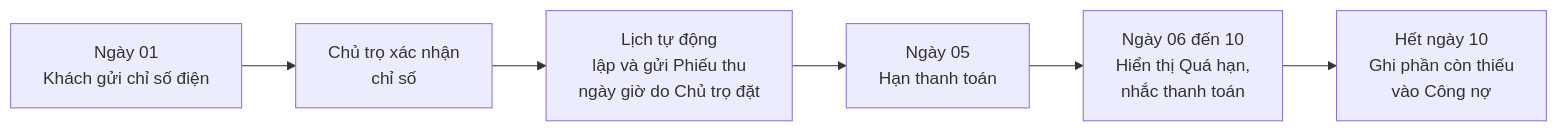
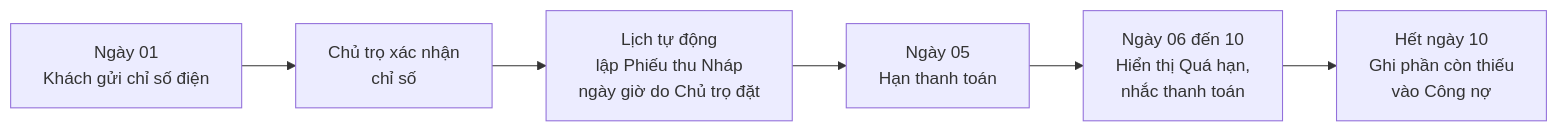
Before and after one commit to HHT777/He_thong_quan_ly_chuoi_phong_tro: the second of 11 diagrams in SRS.md, drawn with Mermaid. The commit also changed other lines of this file and 34 other files, not shown here.

````diff
--- a/SRS.md
+++ b/SRS.md
@@ -177,8 +177,8 @@
 ```mermaid
 flowchart LR
   d1["Ngày 01<br/>Khách gửi chỉ số điện"] --> d1b["Chủ trọ xác nhận<br/>chỉ số"]
-  d1b --> d2["Lịch tự động<br/>lập và gửi Phiếu thu<br/>ngày giờ do Chủ trọ đặt"]
+  d1b --> d2["Lịch tự động<br/>lập Phiếu thu Nháp<br/>ngày giờ do Chủ trọ đặt"]
   d2 --> d5["Ngày 05<br/>Hạn thanh toán"]
   d5 --> d6["Ngày 06 đến 10<br/>Hiển thị Quá hạn,<br/>nhắc thanh toán"]
   d6 --> d10["Hết ngày 10<br/>Ghi phần còn thiếu<br/>vào Công nợ"]
 ```
````
